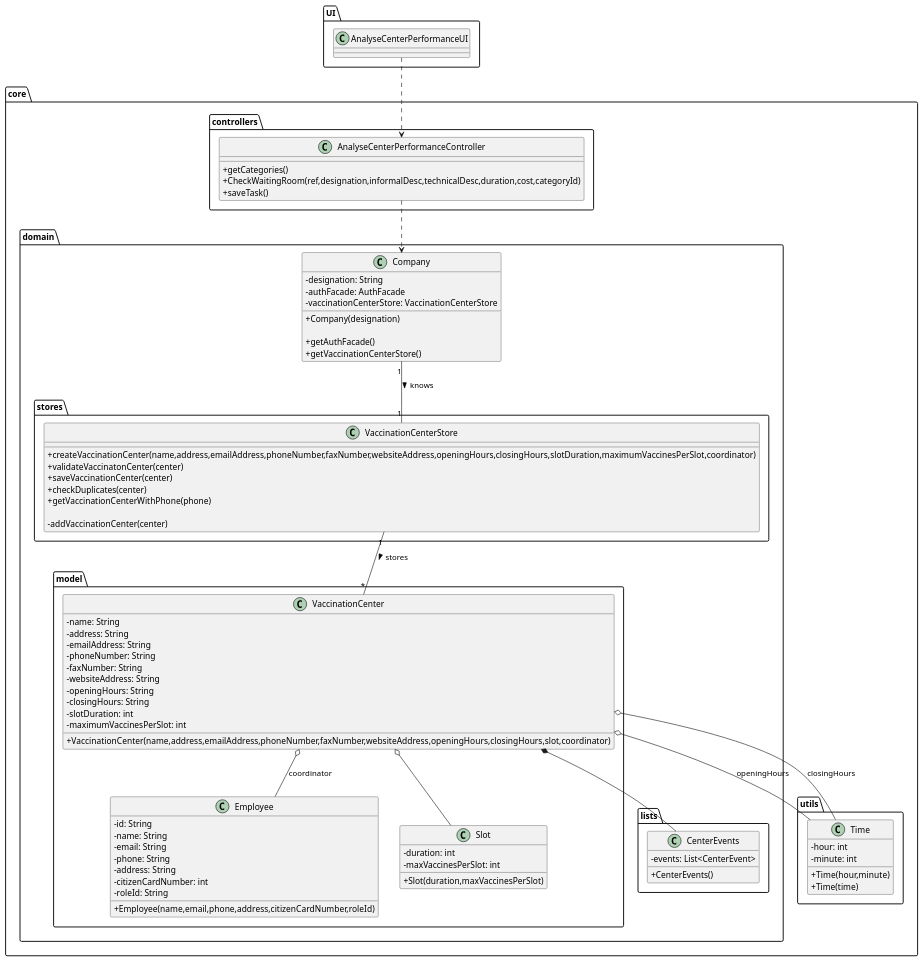
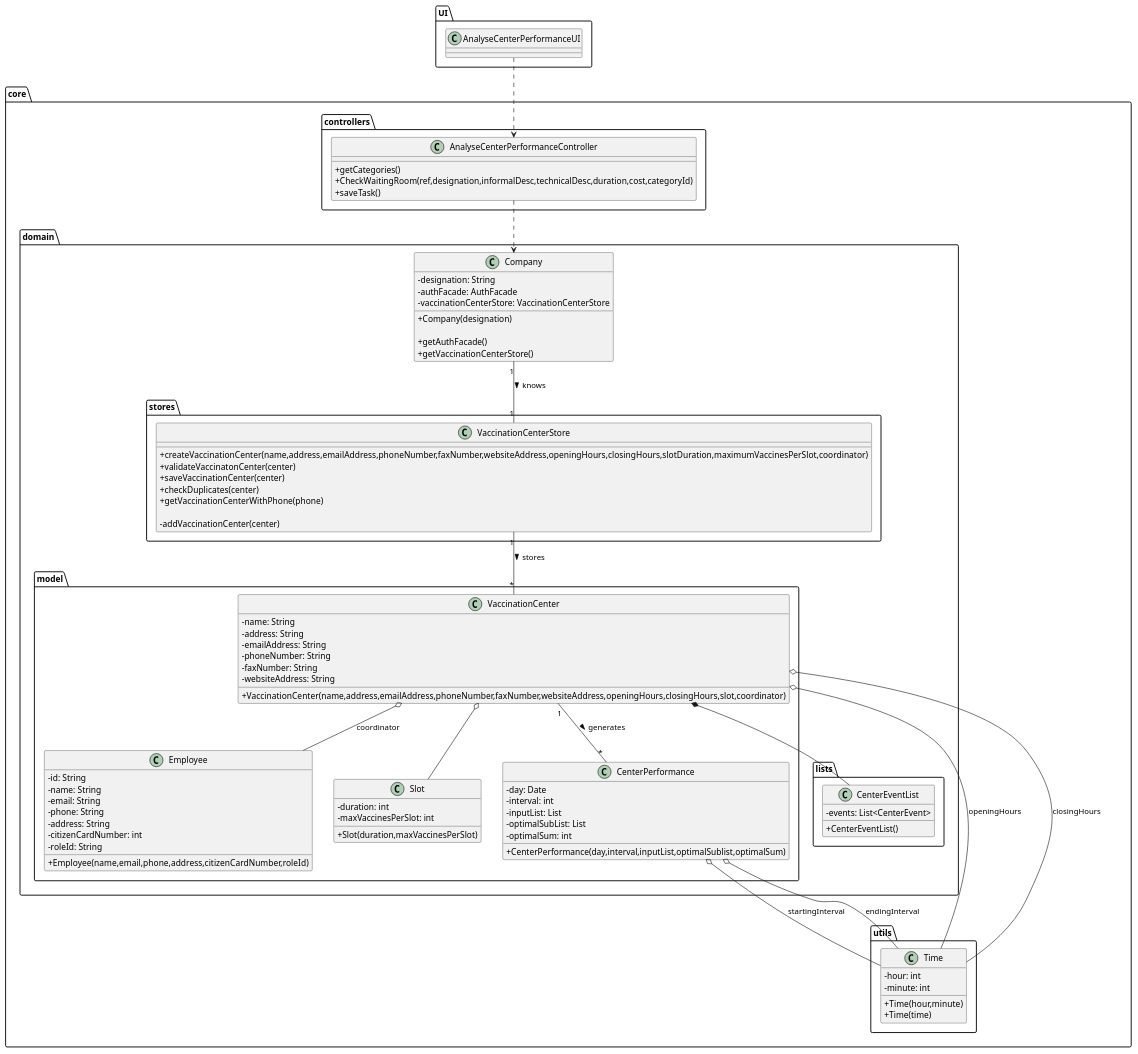
The diagram in docs/SprintD/US16/CD/US16_CD.puml (miseEnPlace-i/lapr2), drawn with PlantUML before and after one commit. The commit also changed 4 other files, not shown here.

```diff
--- a/docs/SprintD/US16/CD/US16_CD.puml
+++ b/docs/SprintD/US16/CD/US16_CD.puml
@@ -1,111 +1,123 @@
 @startuml
 skinparam classAttributeIconSize 0
 
 package UI {
   class AnalyseCenterPerformanceUI {}
 }
 
 package core {
   package domain {
     package stores {
       class VaccinationCenterStore {
         +createVaccinationCenter(name,address,emailAddress,phoneNumber,faxNumber,websiteAddress,openingHours,closingHours,slotDuration,maximumVaccinesPerSlot,coordinator)
         +validateVaccinatonCenter(center)
         +saveVaccinationCenter(center)
         +checkDuplicates(center)
         +getVaccinationCenterWithPhone(phone)
 
         -addVaccinationCenter(center)
       }
     }
 
     package lists {
-      class CenterEvents {
+      class CenterEventList {
         - events: List<CenterEvent>
 
-        +CenterEvents()
+        +CenterEventList()
       }
     }
 
     package model {
       class VaccinationCenter {
         - name: String
         - address: String
         - emailAddress: String
         - phoneNumber: String
         - faxNumber: String
         - websiteAddress: String
-        - openingHours: String
-        - closingHours: String
-        - slotDuration: int
-        - maximumVaccinesPerSlot: int
         
         +VaccinationCenter(name,address,emailAddress,phoneNumber,faxNumber,websiteAddress,openingHours,closingHours,slot,coordinator)
       }
 
       class Employee {
         -id: String 
         -name: String 
         -email: String 
         -phone: String 
         -address: String 
         -citizenCardNumber: int 
         -roleId: String 
 
         +Employee(name,email,phone,address,citizenCardNumber,roleId)
       }
 
       class Slot {
         -duration: int
         -maxVaccinesPerSlot: int
 
         +Slot(duration,maxVaccinesPerSlot)
+      }
+
+      class CenterPerformance {
+        - day: Date
+        - interval: int
+        - inputList: List
+        - optimalSubList: List
+        - optimalSum: int
+
+        +CenterPerformance(day,interval,inputList,optimalSublist,optimalSum)
       }
     }
 
     class Company {
       -designation: String
       -authFacade: AuthFacade
       -vaccinationCenterStore: VaccinationCenterStore
       
       +Company(designation)
 
       +getAuthFacade()
       +getVaccinationCenterStore()
     }
 
     
   }
 
   package controllers {
     class AnalyseCenterPerformanceController {
       +getCategories()
       +CheckWaitingRoom(ref,designation,informalDesc,technicalDesc,duration,cost,categoryId)
       +saveTask()
     }
   }
 
   package utils {
     class Time {
       - hour: int
       - minute: int
       
       +Time(hour,minute)
       +Time(time)
     }
   }
 }
 
 AnalyseCenterPerformanceUI ..> AnalyseCenterPerformanceController
 AnalyseCenterPerformanceController ..> Company
 
 VaccinationCenter o-- Employee : coordinator
 VaccinationCenter o-- Time : openingHours
 VaccinationCenter o-- Time : closingHours
 VaccinationCenter o-- Slot
-VaccinationCenter *-- CenterEvents
+VaccinationCenter *-- CenterEventList
+
+VaccinationCenter "1" -- "*" CenterPerformance : generates >
+
+CenterPerformance o-- Time : startingInterval
+CenterPerformance o-- Time : endingInterval
 
 VaccinationCenterStore "1" -- "*" VaccinationCenter : stores >
 
 Company "1" -- "1" VaccinationCenterStore : knows >
+
 @enduml
```
